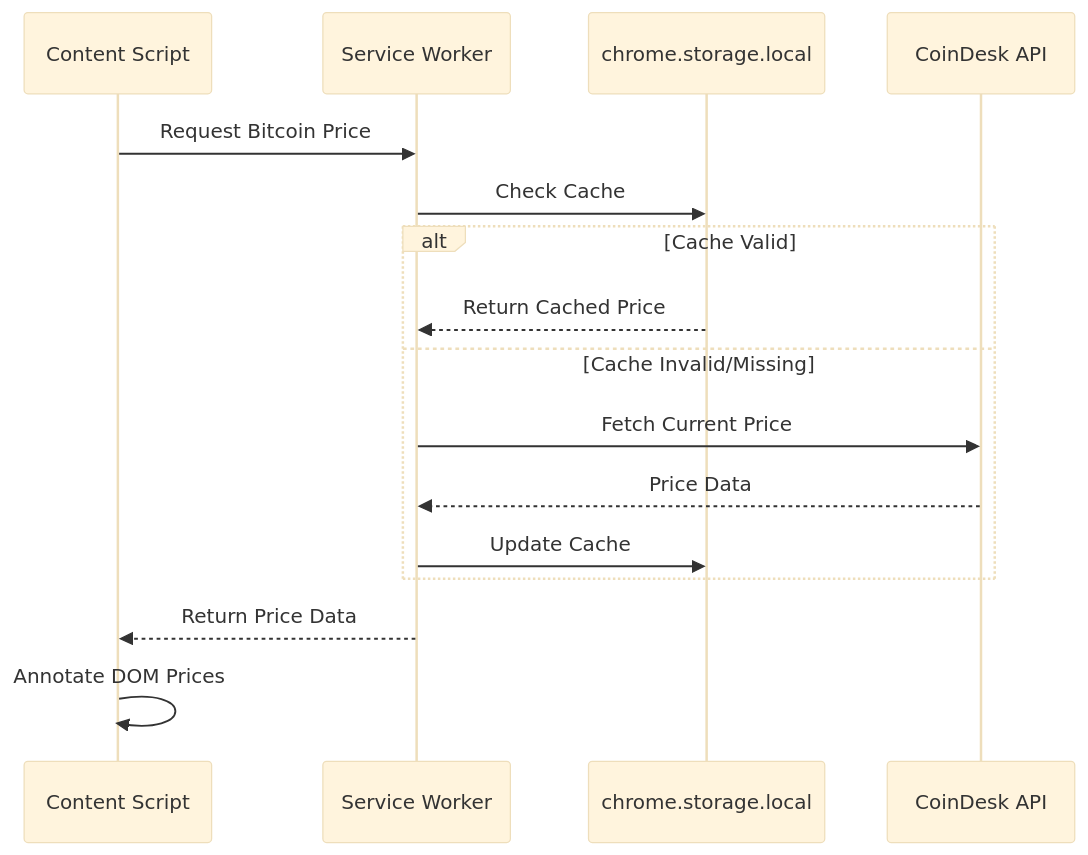
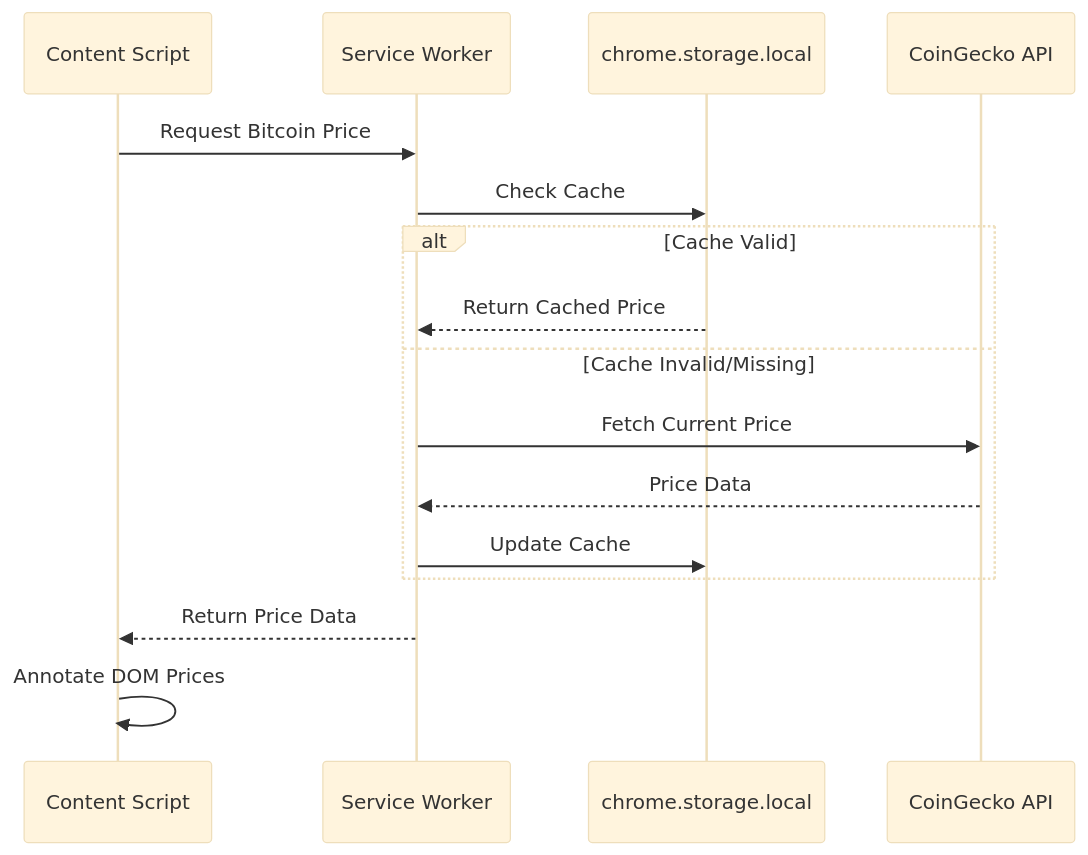
Before and after one commit to phrazzld/bitcoin-price-tag: the diagram in README.md, drawn with Mermaid (base theme). The commit also changed other lines of this file, not shown here.

Commit message:
docs: update README.md to reflect CoinGecko API usage
- Changed API reference in Mermaid diagram from CoinDesk to CoinGecko
- Updated API acknowledgment link to CoinGecko's website
- Ensured all API documentation reflects current implementation

Based on T006 task from todo.md

````diff
--- a/README.md
+++ b/README.md
@@ -109,19 +109,19 @@
 ```mermaid
 sequenceDiagram
     participant CS as Content Script
     participant SW as Service Worker
     participant Store as chrome.storage.local
-    participant API as CoinDesk API
+    participant API as CoinGecko API
 
     CS->>SW: Request Bitcoin Price
     SW->>Store: Check Cache
     alt Cache Valid
         Store-->>SW: Return Cached Price
     else Cache Invalid/Missing
         SW->>API: Fetch Current Price
         API-->>SW: Price Data
         SW->>Store: Update Cache
     end
     SW-->>CS: Return Price Data
     CS->>CS: Annotate DOM Prices
 ```
````
